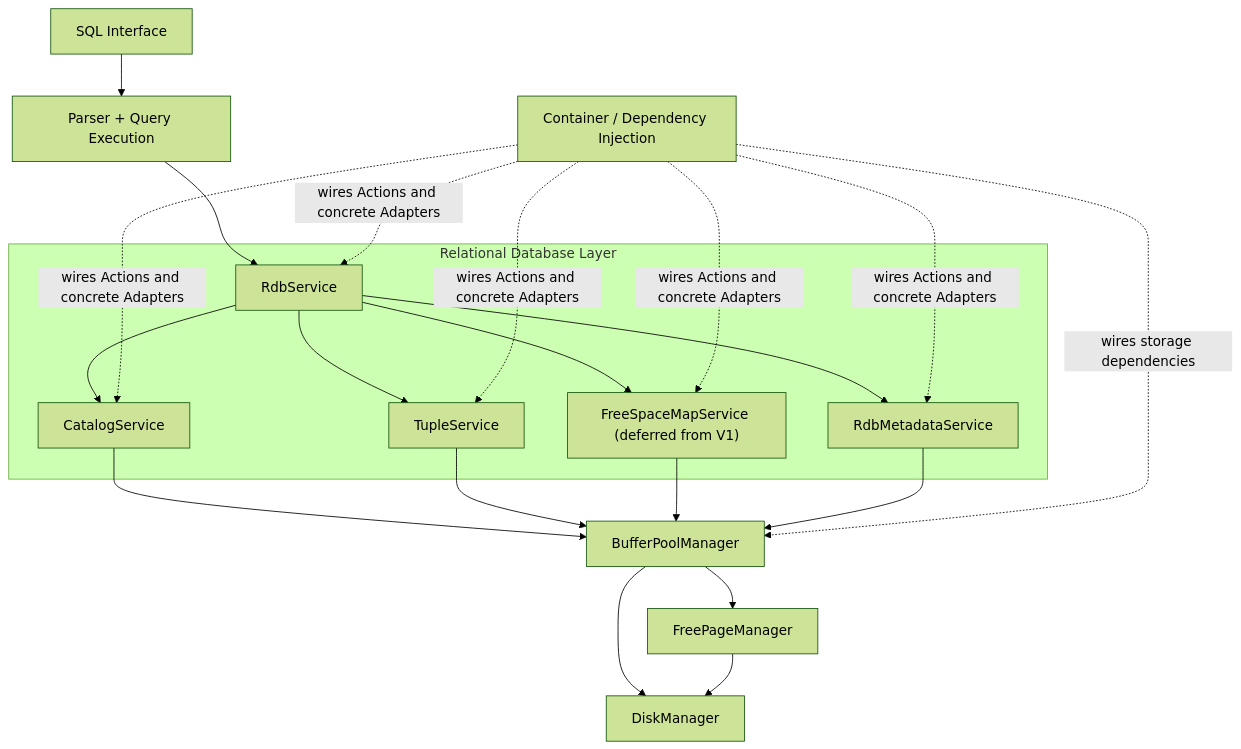
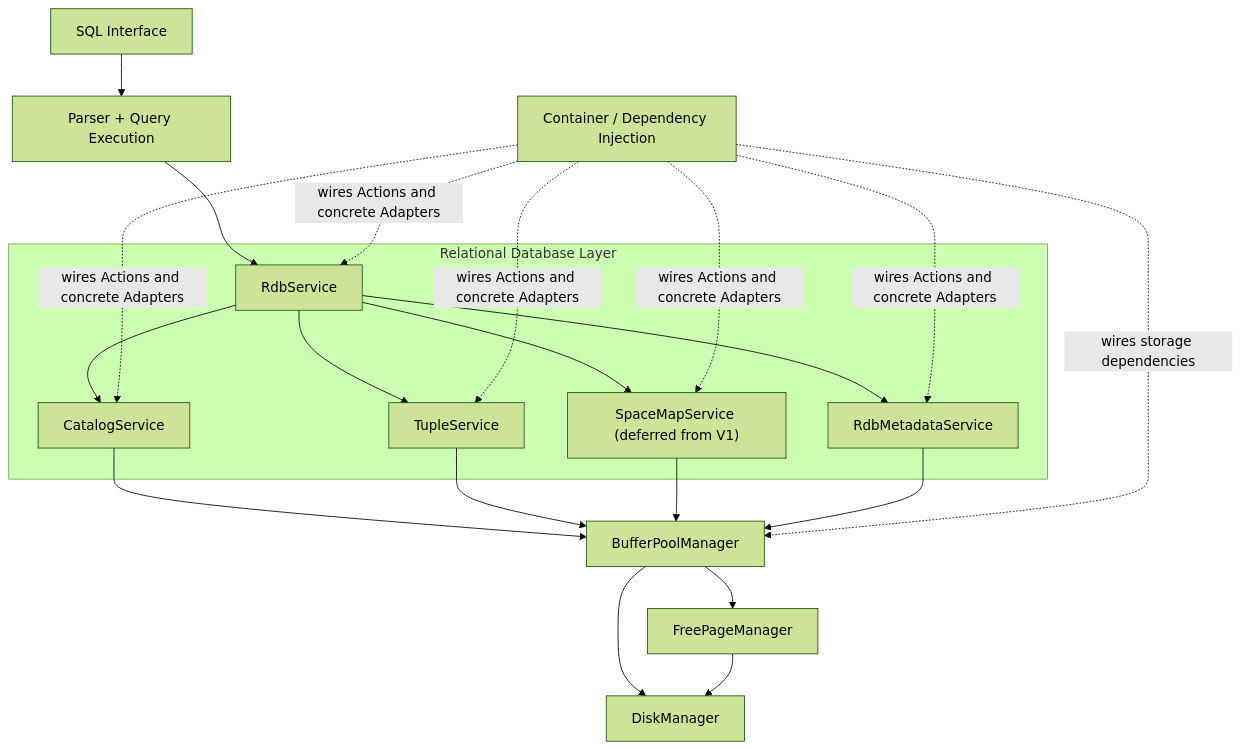
The first of 2 diagrams in README.md (soujash-mandal/UniDB), drawn with Mermaid (forest theme) before and after one commit. The commit also changed other lines of this file and 36 other files, not shown here.

First line of the commit message:
Rename FreeSpaceMapService to SpaceMapService (#25)

````diff
--- a/README.md
+++ b/README.md
@@ -5,40 +5,40 @@
 ```mermaid
 flowchart TD
     SQL["SQL Interface"]
     Query["Parser + Query Execution"]
 
     subgraph RDB_LAYER["Relational Database Layer"]
         RDB["RdbService"]
         Metadata["RdbMetadataService"]
         Catalog["CatalogService"]
         Tuple["TupleService"]
-        FSM["FreeSpaceMapService (deferred from V1)"]
+        SpaceMap["SpaceMapService (deferred from V1)"]
         RDB --> Catalog
         RDB --> Tuple
-        RDB --> FSM
+        RDB --> SpaceMap
         RDB --> Metadata
     end
 
     BPM["BufferPoolManager"]
     FPM["FreePageManager"]
     Disk["DiskManager"]
     Container["Container / Dependency Injection"]
 
     SQL --> Query
     Query --> RDB
 
     Catalog --> BPM
     Tuple --> BPM
-    FSM --> BPM
+    SpaceMap --> BPM
     Metadata --> BPM
     BPM --> FPM
     BPM --> Disk
     FPM --> Disk
 
     Container -. "wires Actions and concrete Adapters" .-> RDB
     Container -. "wires Actions and concrete Adapters" .-> Catalog
     Container -. "wires Actions and concrete Adapters" .-> Tuple
-    Container -. "wires Actions and concrete Adapters" .-> FSM
+    Container -. "wires Actions and concrete Adapters" .-> SpaceMap
     Container -. "wires Actions and concrete Adapters" .-> Metadata
     Container -. "wires storage dependencies" .-> BPM
 ```
````
